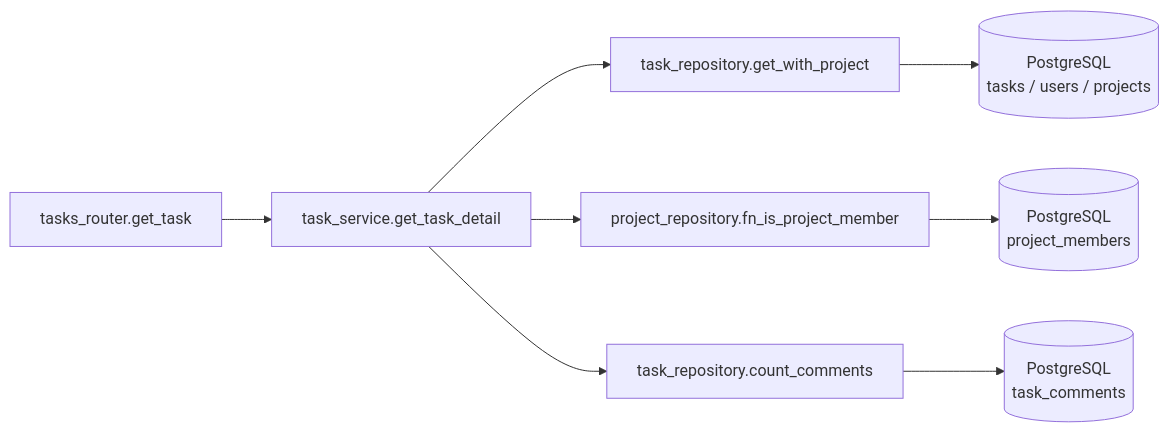
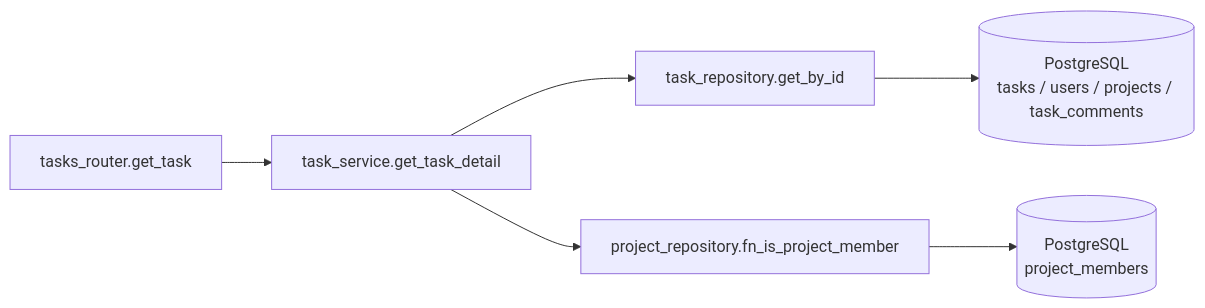
Before and after one commit to oikawa-d/task_management: the third of 4 diagrams in docs/detailed_design/api/tasks/03_get_task.md, drawn with Mermaid. The commit also changed other lines of this file and 75 other files, not shown here.

````diff
--- a/docs/detailed_design/api/tasks/03_get_task.md
+++ b/docs/detailed_design/api/tasks/03_get_task.md
@@ -201,10 +195,8 @@
 ```mermaid
 flowchart LR
     R["tasks_router.get_task"] --> S["task_service.get_task_detail"]
-    S --> TR["task_repository.get_with_project"]
+    S --> TR["task_repository.get_by_id"]
     S --> PR["project_repository.fn_is_project_member"]
-    S --> CC["task_repository.count_comments"]
-    TR --> DB[("PostgreSQL<br/>tasks / users / projects")]
+    TR --> DB[("PostgreSQL<br/>tasks / users / projects / task_comments")]
     PR --> DBM[("PostgreSQL<br/>project_members")]
-    CC --> DBC[("PostgreSQL<br/>task_comments")]
 ```
````
